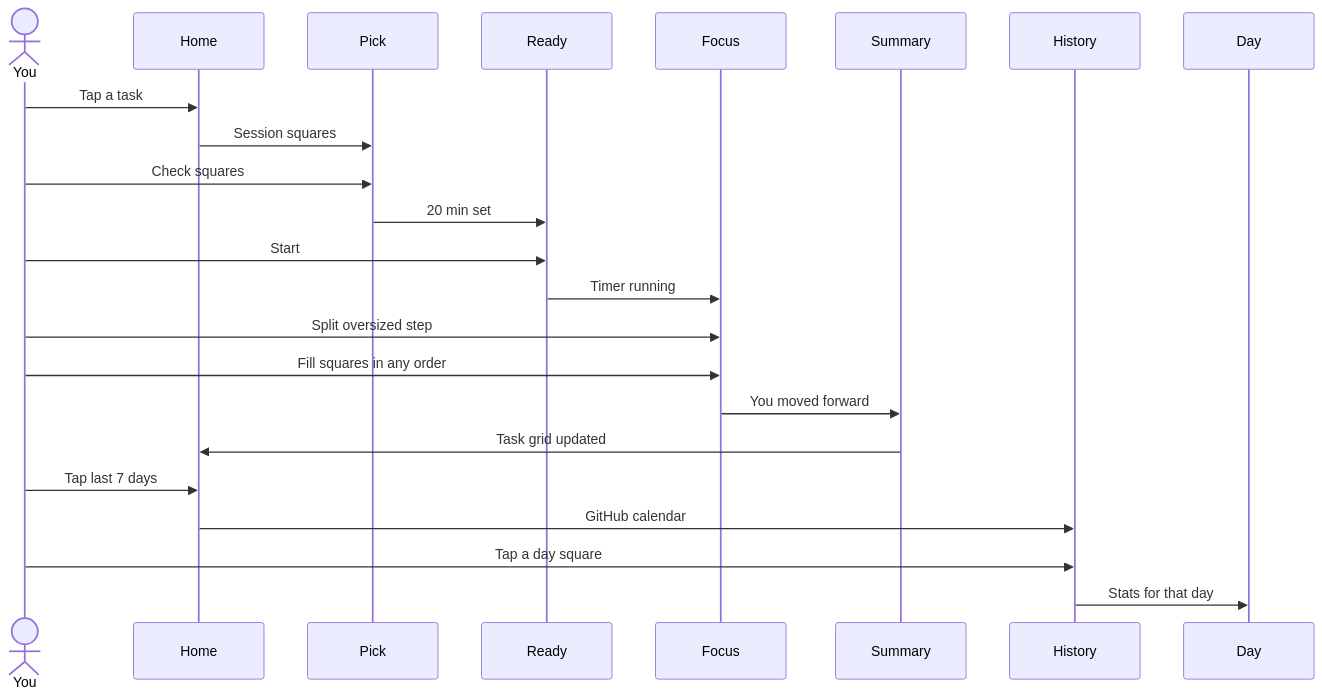
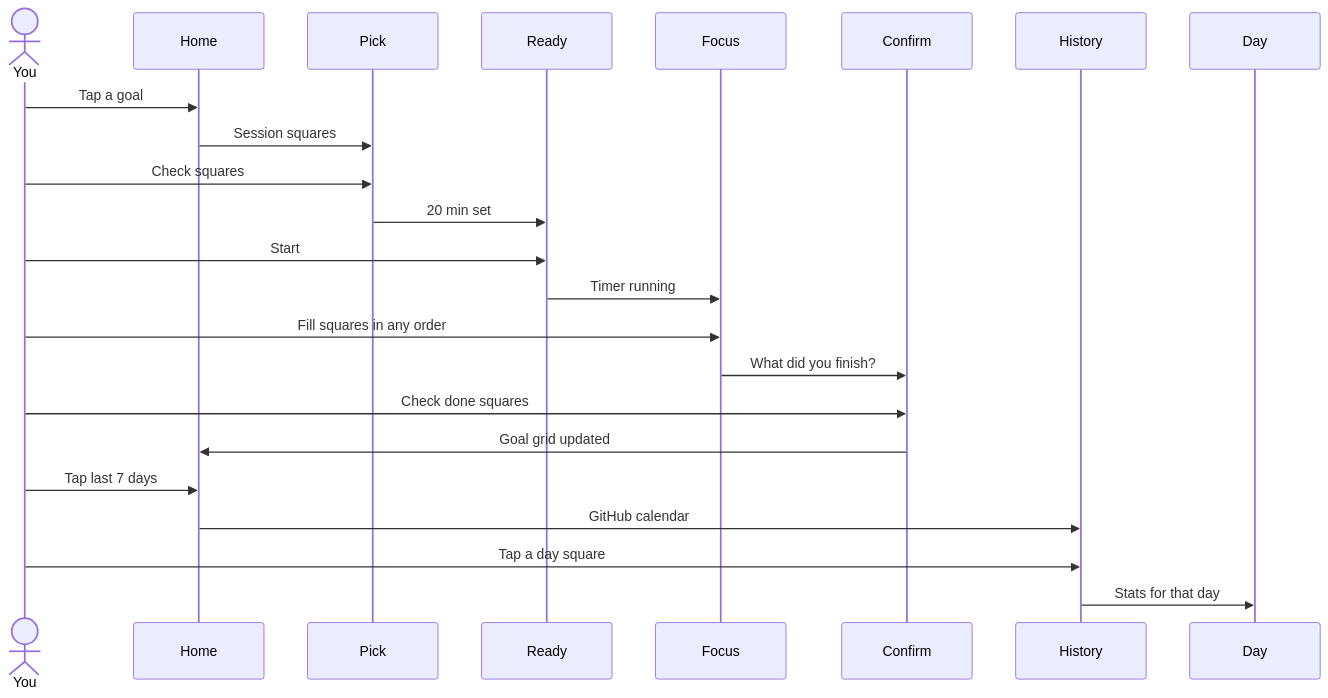
Before and after one commit to littlewhywhat/legal-360: the diagram in cases/squares/docs/flows/focus-loop.md, drawn with Mermaid. The commit also changed other lines of this file and 2 other files, not shown here.

Commit message:
feat: confirm session squares; goals only on home
Drop task/role dual labels, TOO BIG, and timer≠square copy. After End session, check what you finished and Confirm.

````diff
--- a/cases/squares/docs/flows/focus-loop.md
+++ b/cases/squares/docs/flows/focus-loop.md
@@ -17,26 +17,26 @@
 ```mermaid
 sequenceDiagram
   actor You
   participant Home
   participant Pick
   participant Ready
   participant Focus
-  participant Summary
+  participant Confirm
   participant History
   participant Day
 
-  You->>Home: Tap a task
+  You->>Home: Tap a goal
   Home->>Pick: Session squares
   You->>Pick: Check squares
   Pick->>Ready: 20 min set
   You->>Ready: Start
   Ready->>Focus: Timer running
-  You->>Focus: Split oversized step
   You->>Focus: Fill squares in any order
-  Focus->>Summary: You moved forward
-  Summary->>Home: Task grid updated
+  Focus->>Confirm: What did you finish?
+  You->>Confirm: Check done squares
+  Confirm->>Home: Goal grid updated
   You->>Home: Tap last 7 days
   Home->>History: GitHub calendar
   You->>History: Tap a day square
   History->>Day: Stats for that day
 ```
````
